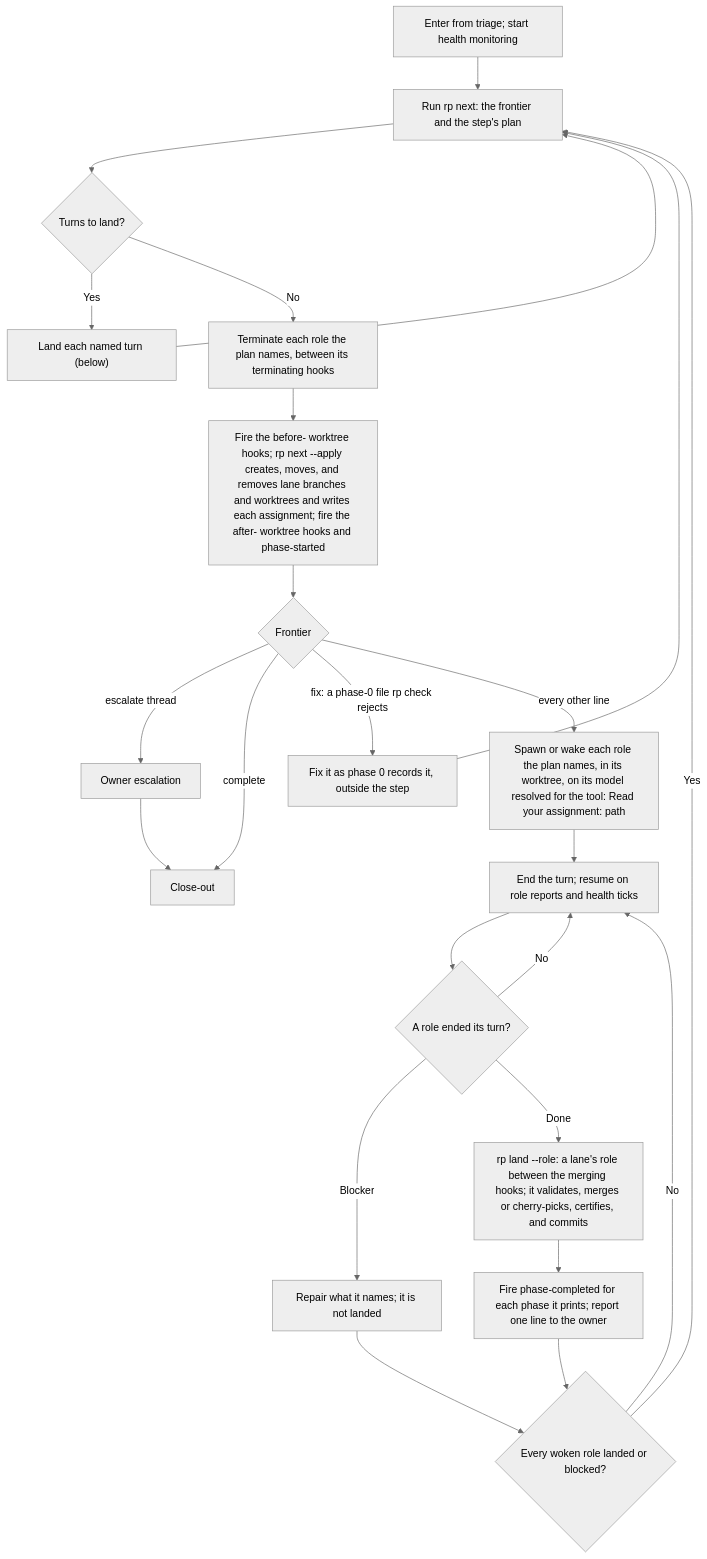
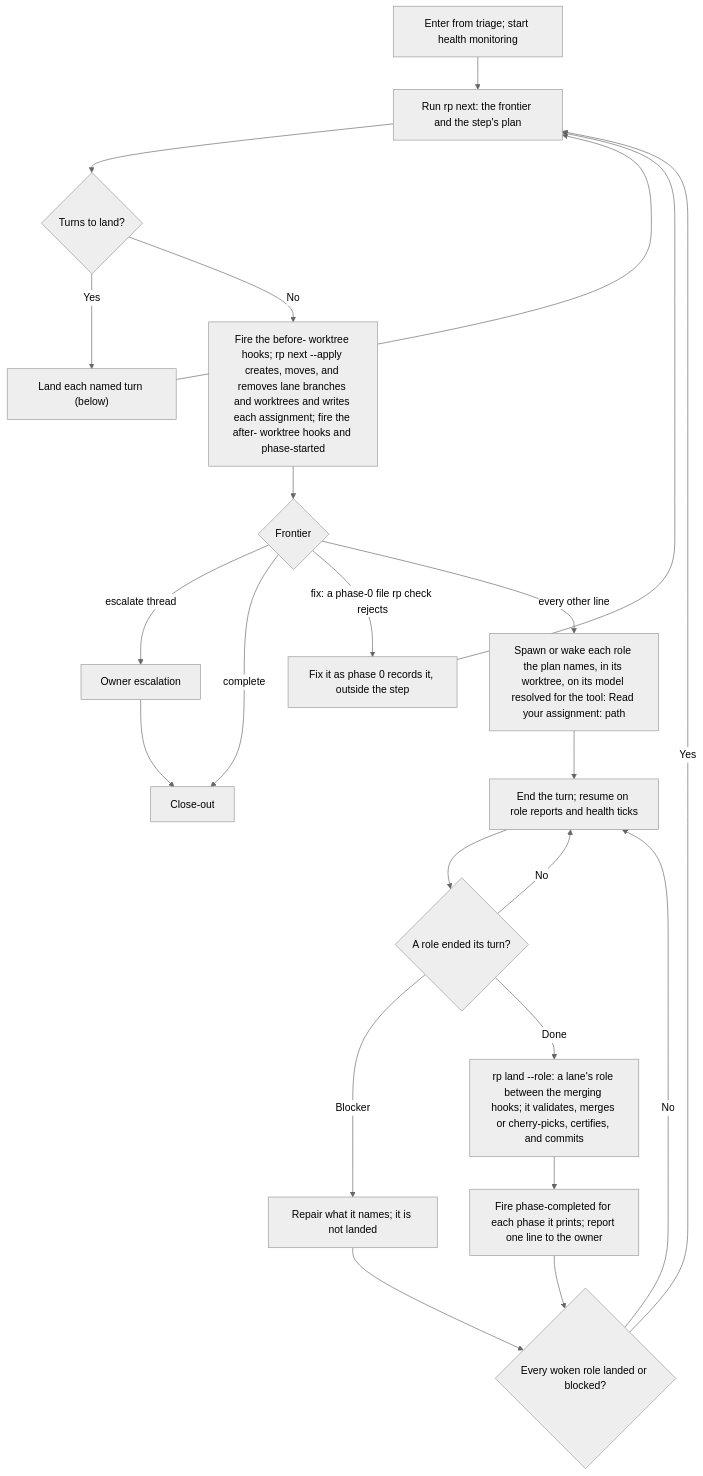
One commit to Automattic/radical-pipelines changed the diagram in docs/flowcharts/loop.md. Above: the diagram before and after it, drawn with Mermaid (neutral theme). The commit also changed 19 other files, not shown here.

Commit message:
Stop only the roles still running, and remove the terminating hooks (assisted)

````diff
--- a/docs/flowcharts/loop.md
+++ b/docs/flowcharts/loop.md
@@ -5,26 +5,25 @@
 ```mermaid
 flowchart TD
     START["Enter from triage; start health monitoring"] --> PLAN["Run rp next: the frontier and the step's plan"]
     PLAN --> TOLAND{"Turns to land?"}
     TOLAND -->|Yes| LANDFIRST["Land each named turn (below)"]
     LANDFIRST --> PLAN
-    TOLAND -->|No| TERM["Terminate each role the plan names, between its terminating hooks"]
-    TERM --> APPLY["Fire the before- worktree hooks; rp next --apply creates, moves, and removes lane branches and worktrees and writes each assignment; fire the after- worktree hooks and phase-started"]
+    TOLAND -->|No| APPLY["Fire the before- worktree hooks; rp next --apply creates, moves, and removes lane branches and worktrees and writes each assignment; fire the after- worktree hooks and phase-started"]
     APPLY --> C{"Frontier"}
     C -->|escalate thread| OE["Owner escalation"]
     C -->|complete| CLOSE["Close-out"]
     OE --> CLOSE
     C -->|"fix: a phase-0 file rp check rejects"| FIX["Fix it as phase 0 records it, outside the step"]
     FIX --> PLAN
     C -->|every other line| WAKE["Spawn or wake each role the plan names, in its worktree, on its model resolved for the tool: Read your assignment: path"]
     WAKE --> WAIT["End the turn; resume on role reports and health ticks"]
     WAIT --> ENDED{"A role ended its turn?"}
     ENDED -->|No| WAIT
     ENDED -->|"Blocker"| REPAIR["Repair what it names; it is not landed"]
     ENDED -->|Done| LAND["rp land --role: a lane's role between the merging hooks; it validates, merges or cherry-picks, certifies, and commits"]
     LAND --> PC["Fire phase-completed for each phase it prints; report one line to the owner"]
     PC --> ALL{"Every woken role landed or blocked?"}
     REPAIR --> ALL
     ALL -->|No| WAIT
     ALL -->|Yes| PLAN
 ```
````
